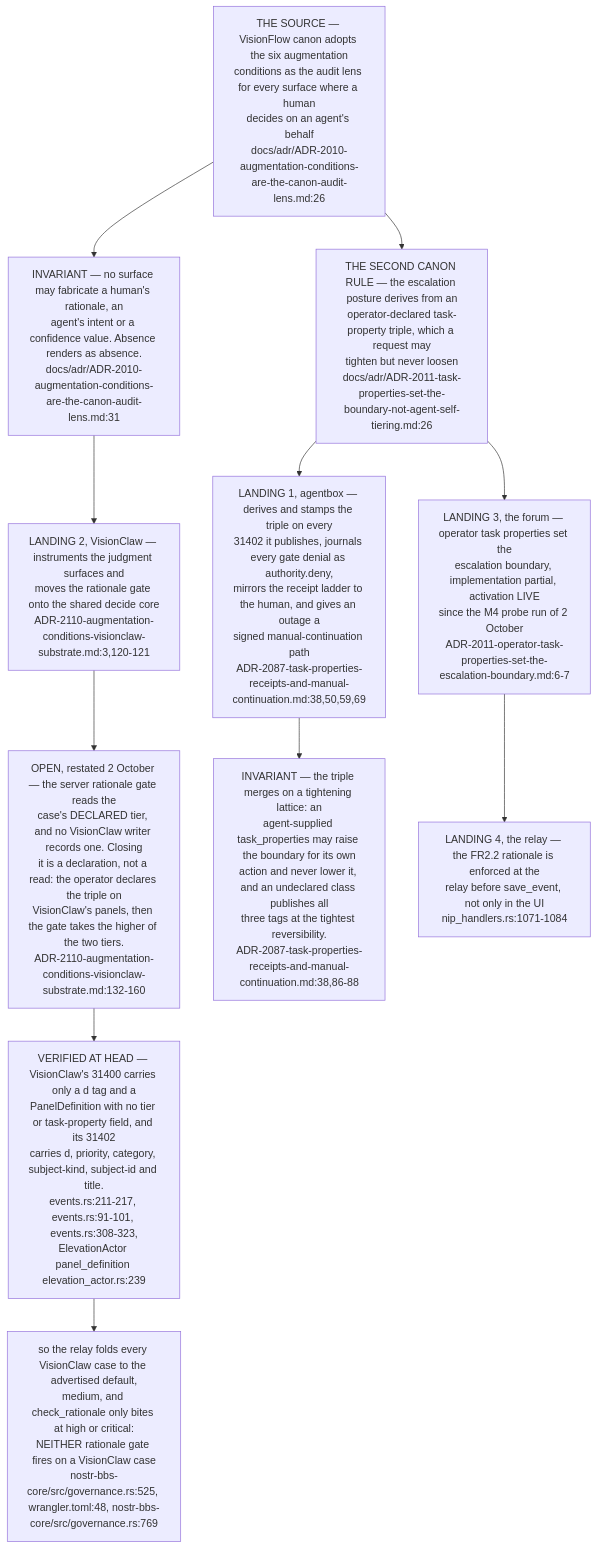
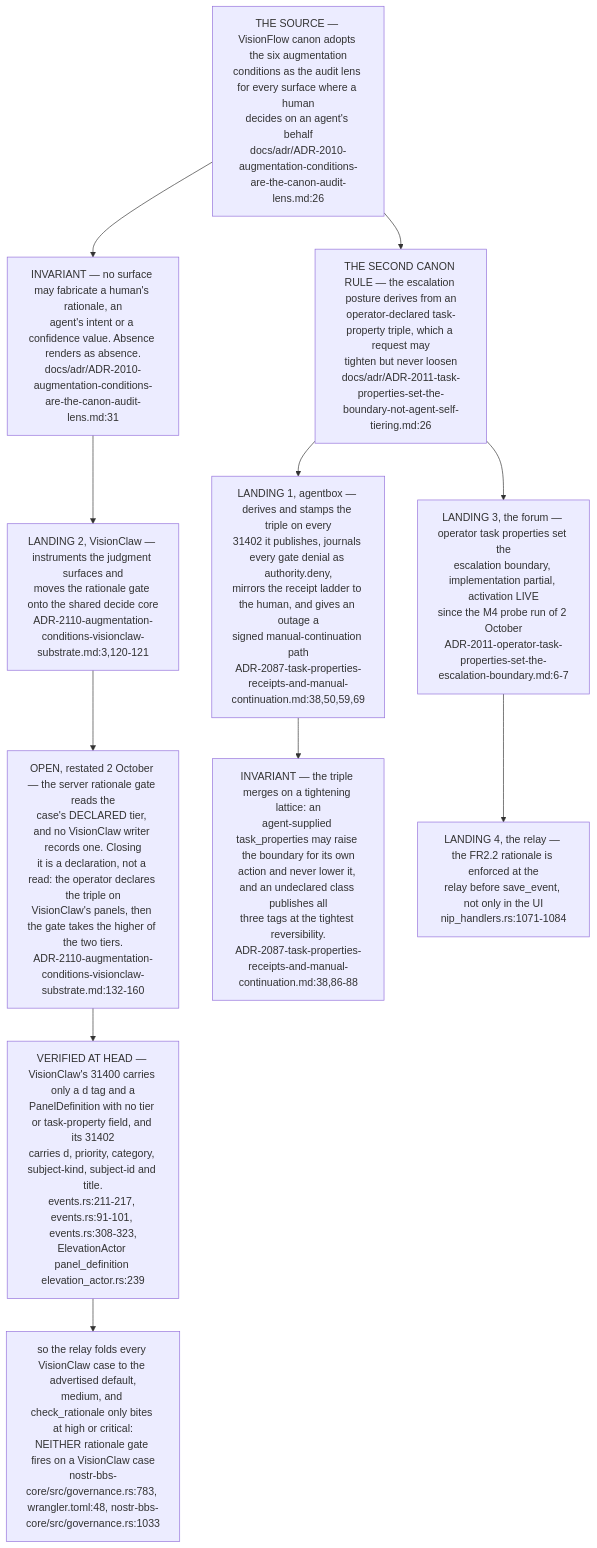
One commit to DreamLab-AI/VisionFlow changed the eighth of 11 diagrams in docs/diagrams/estate/05-governance-loop-across-estate.md. Above: the diagram before and after it, drawn with Mermaid. The commit also changed other lines of this file and 80 other files, not shown here.

First line of the commit message:
docs(diagrams): re-verify the agentbox, dreamlab, estate and visionflow corpus against current sources

````diff
--- a/docs/diagrams/estate/05-governance-loop-across-estate.md
+++ b/docs/diagrams/estate/05-governance-loop-across-estate.md
@@ -235,27 +235,27 @@
 ```mermaid
 flowchart TB
     CANON["THE SOURCE — VisionFlow canon adopts the six augmentation<br/>conditions as the audit lens for every surface where a human<br/>decides on an agent's behalf<br/>docs/adr/ADR-2010-augmentation-conditions-are-the-canon-audit-lens.md:26"]
     RULE["INVARIANT — no surface may fabricate a human's rationale, an<br/>agent's intent or a confidence value. Absence renders as absence.<br/>docs/adr/ADR-2010-augmentation-conditions-are-the-canon-audit-lens.md:31"]
     BOUND["THE SECOND CANON RULE — the escalation posture derives from an<br/>operator-declared task-property triple, which a request may<br/>tighten but never loosen<br/>docs/adr/ADR-2011-task-properties-set-the-boundary-not-agent-self-tiering.md:26"]
     CANON --> RULE
     CANON --> BOUND
 
     AB["LANDING 1, agentbox — derives and stamps the triple on every<br/>31402 it publishes, journals every gate denial as authority.deny,<br/>mirrors the receipt ladder to the human, and gives an outage a<br/>signed manual-continuation path<br/>ADR-2087-task-properties-receipts-and-manual-continuation.md:38,50,59,69"]
     VC["LANDING 2, VisionClaw — instruments the judgment surfaces and<br/>moves the rationale gate onto the shared decide core<br/>ADR-2110-augmentation-conditions-visionclaw-substrate.md:3,120-121"]
     FRM["LANDING 3, the forum — operator task properties set the<br/>escalation boundary, implementation partial, activation LIVE<br/>since the M4 probe run of 2 October<br/>ADR-2011-operator-task-properties-set-the-escalation-boundary.md:6-7"]
     REL["LANDING 4, the relay — the FR2.2 rationale is enforced at the<br/>relay before save_event, not only in the UI<br/>nip_handlers.rs:1071-1084"]
 
     BOUND --> AB
     RULE --> VC
     BOUND --> FRM
     FRM --> REL
 
     OPEN["OPEN, restated 2 October — the server rationale gate reads the<br/>case's DECLARED tier, and no VisionClaw writer records one. Closing<br/>it is a declaration, not a read: the operator declares the triple on<br/>VisionClaw's panels, then the gate takes the higher of the two tiers.<br/>ADR-2110-augmentation-conditions-visionclaw-substrate.md:132-160"]
     NOTIER["VERIFIED AT HEAD — VisionClaw's 31400 carries only a d tag and a<br/>PanelDefinition with no tier or task-property field, and its 31402<br/>carries d, priority, category, subject-kind, subject-id and title.<br/>events.rs:211-217, events.rs:91-101, events.rs:308-323,<br/>ElevationActor panel_definition elevation_actor.rs:239"]
-    MED["so the relay folds every VisionClaw case to the advertised default,<br/>medium, and check_rationale only bites at high or critical:<br/>NEITHER rationale gate fires on a VisionClaw case<br/>nostr-bbs-core/src/governance.rs:525, wrangler.toml:48, nostr-bbs-core/src/governance.rs:769"]
+    MED["so the relay folds every VisionClaw case to the advertised default,<br/>medium, and check_rationale only bites at high or critical:<br/>NEITHER rationale gate fires on a VisionClaw case<br/>nostr-bbs-core/src/governance.rs:783, wrangler.toml:48, nostr-bbs-core/src/governance.rs:1033"]
     OPEN --> NOTIER --> MED
     VC --> OPEN
 
     TIGHT["INVARIANT — the triple merges on a tightening lattice: an<br/>agent-supplied task_properties may raise the boundary for its own<br/>action and never lower it, and an undeclared class publishes all<br/>three tags at the tightest reversibility.<br/>ADR-2087-task-properties-receipts-and-manual-continuation.md:38,86-88"]
     AB --> TIGHT
 ```
````
